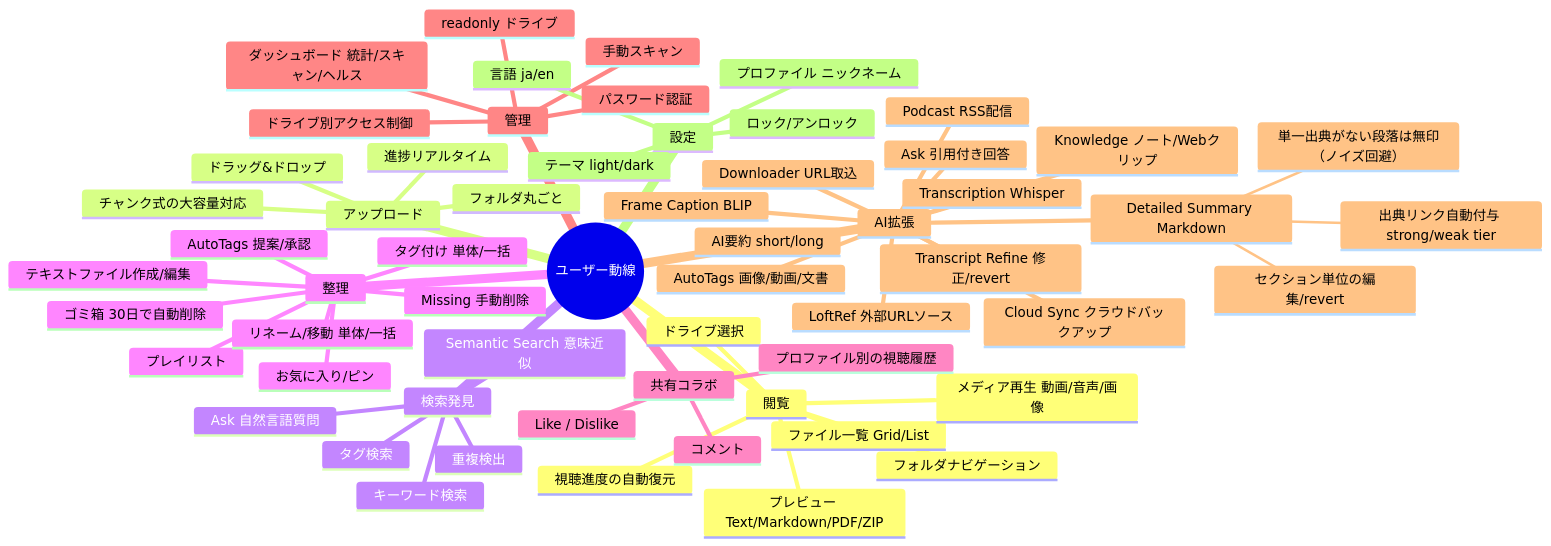
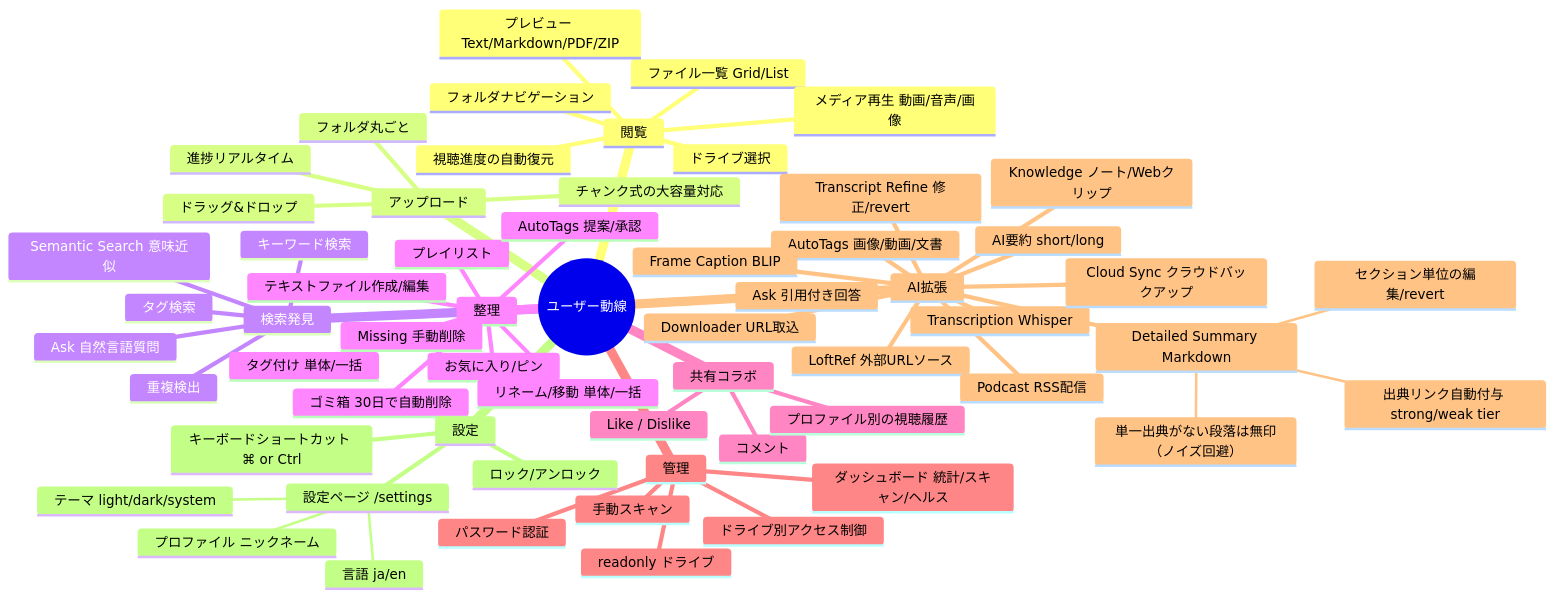
Before and after one commit to mamepenguin/Litloft: the second of 6 diagrams in docs/FEATURE-MAP.md, drawn with Mermaid. The commit also changed 4 other files, not shown here.

````diff
--- a/docs/FEATURE-MAP.md
+++ b/docs/FEATURE-MAP.md
@@ -46,62 +46,64 @@
 ```mermaid
 mindmap
   root((ユーザー動線))
     閲覧
       ドライブ選択
       フォルダナビゲーション
       ファイル一覧 Grid/List
       メディア再生 動画/音声/画像
       プレビュー Text/Markdown/PDF/ZIP
       視聴進度の自動復元
     アップロード
       ドラッグ&ドロップ
       チャンク式の大容量対応
       フォルダ丸ごと
       進捗リアルタイム
     検索発見
       キーワード検索
       タグ検索
       重複検出
       Semantic Search 意味近似
       Ask 自然言語質問
     整理
       タグ付け 単体/一括
       プレイリスト
       お気に入り/ピン
       リネーム/移動 単体/一括
       テキストファイル作成/編集
       ゴミ箱 30日で自動削除
       Missing 手動削除
       AutoTags 提案/承認
     共有コラボ
       コメント
       Like / Dislike
       プロファイル別の視聴履歴
     管理
       パスワード認証
       ドライブ別アクセス制御
       readonly ドライブ
       ダッシュボード 統計/スキャン/ヘルス
       手動スキャン
     AI拡張
       AI要約 short/long
       Detailed Summary Markdown
         出典リンク自動付与 strong/weak tier
         単一出典がない段落は無印（ノイズ回避）
         セクション単位の編集/revert
       AutoTags 画像/動画/文書
       Ask 引用付き回答
       Transcript Refine 修正/revert
       Transcription Whisper
       Frame Caption BLIP
       Knowledge ノート/Webクリップ
       Downloader URL取込
       LoftRef 外部URLソース
       Cloud Sync クラウドバックアップ
       Podcast RSS配信
     設定
-      言語 ja/en
-      テーマ light/dark
-      プロファイル ニックネーム
+      設定ページ /settings
+        プロファイル ニックネーム
+        テーマ light/dark/system
+        言語 ja/en
       ロック/アンロック
+      キーボードショートカット ⌘ or Ctrl
 ```
````
